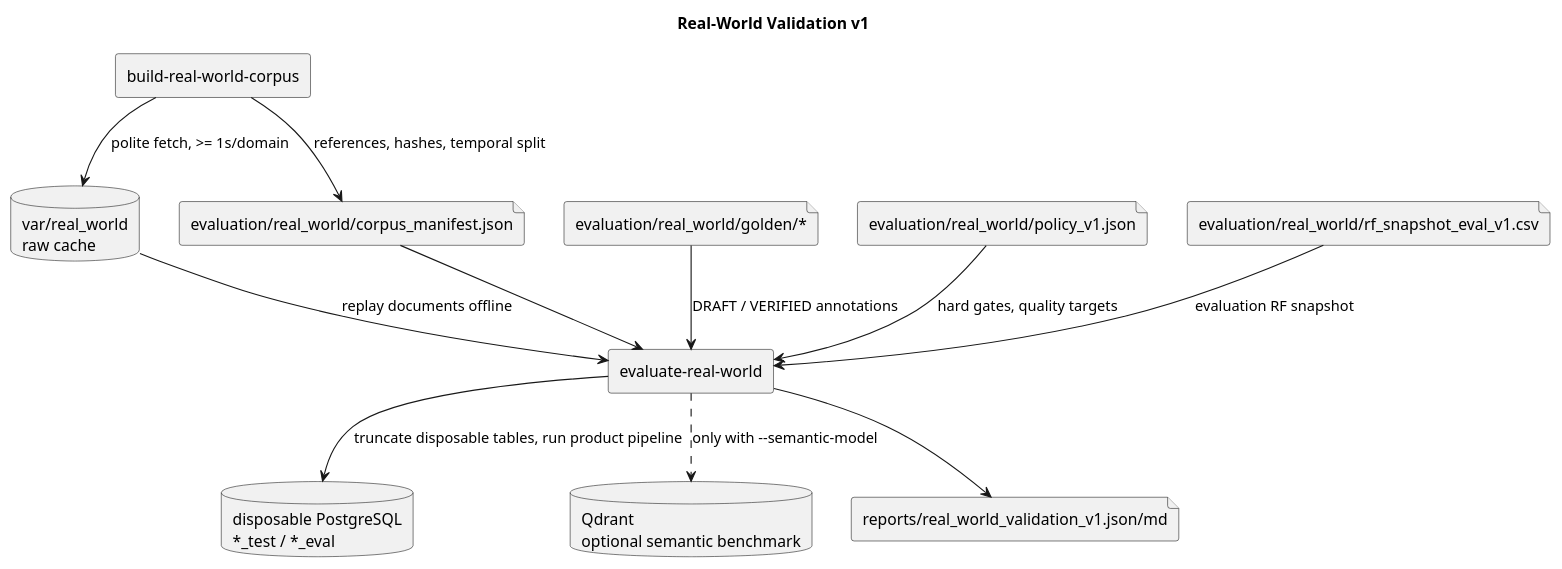
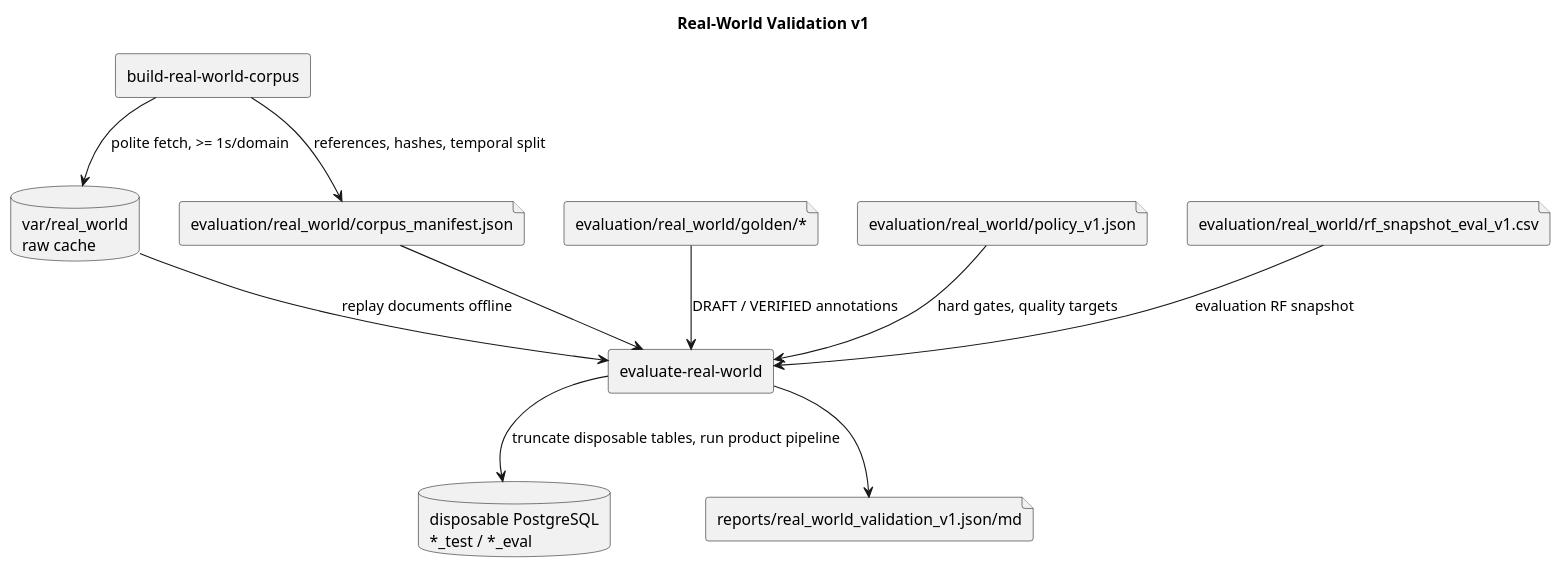
The diagram in docs/wiki/RealWorldValidation.md (megannnn98/court-monitor), drawn with PlantUML before and after one commit. The commit also changed other lines of this file and 33 other files, not shown here.

````diff
--- a/docs/wiki/RealWorldValidation.md
+++ b/docs/wiki/RealWorldValidation.md
@@ -23,27 +23,25 @@
 ```plantuml
 @startuml
 title Real-World Validation v1
 
 rectangle "build-real-world-corpus" as Build
 database "var/real_world\nraw cache" as Cache
 file "evaluation/real_world/corpus_manifest.json" as Manifest
 file "evaluation/real_world/golden/*" as Golden
 file "evaluation/real_world/policy_v1.json" as Policy
 file "evaluation/real_world/rf_snapshot_eval_v1.csv" as RF
 database "disposable PostgreSQL\n*_test / *_eval" as DB
-database "Qdrant\noptional semantic benchmark" as Qdrant
 rectangle "evaluate-real-world" as Eval
 file "reports/real_world_validation_v1.json/md" as Reports
 
 Build --> Cache : polite fetch, >= 1s/domain
 Build --> Manifest : references, hashes, temporal split
 Golden --> Eval : DRAFT / VERIFIED annotations
 Manifest --> Eval
 Cache --> Eval : replay documents offline
 Policy --> Eval : hard gates, quality targets
 RF --> Eval : evaluation RF snapshot
 Eval --> DB : truncate disposable tables, run product pipeline
-Eval ..> Qdrant : only with --semantic-model
 Eval --> Reports
 @enduml
 ```
````
